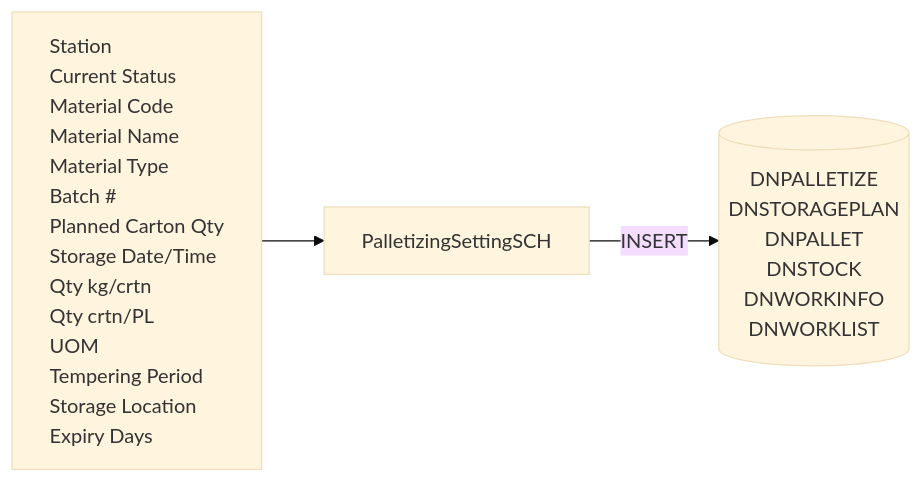
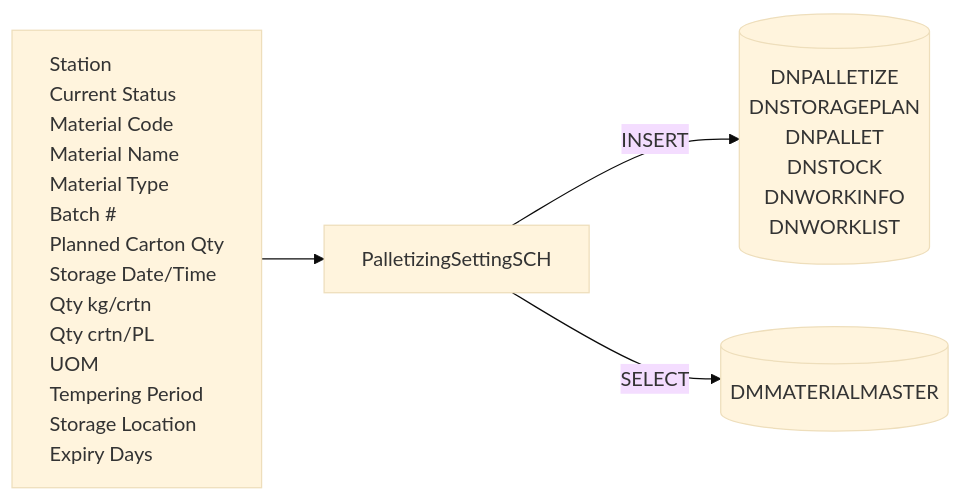
One commit to luthfiadityaa/SimeDarby-Wiki changed the first of 23 diagrams in Basic-Design/DFD-WMS/Storage/Palletizing-Settting/Palletize-Start.md. Above: the diagram before and after it, drawn with Mermaid (base theme).

Commit message:
Updated Palletize Start

```diff
--- a/Basic-Design/DFD-WMS/Storage/Palletizing-Settting/Palletize-Start.md
+++ b/Basic-Design/DFD-WMS/Storage/Palletizing-Settting/Palletize-Start.md
@@ -55,35 +55,40 @@
 ::: mermaid
 flowchart LR
     input[
         Station
         Current Status
         Material Code
         Material Name
         Material Type
         Batch #
         Planned Carton Qty
         Storage Date/Time
         Qty kg/crtn
         Qty crtn/PL
         UOM
         Tempering Period
         Storage Location
         Expiry Days
     ]
 
     tableList-insert[("
         DNPALLETIZE
         DNSTORAGEPLAN
         DNPALLET
         DNSTOCK
         DNWORKINFO
         DNWORKLIST 
     ")]
 
+     tableList-select[("
+        DMMATERIALMASTER
+    ")]
+
     className[PalletizingSettingSCH]
 
     input --> className --> |INSERT| tableList-insert
+    className --> |SELECT| tableList-select
 
     classDef leftAlign text-align:left;
     class input leftAlign;
 :::
```
